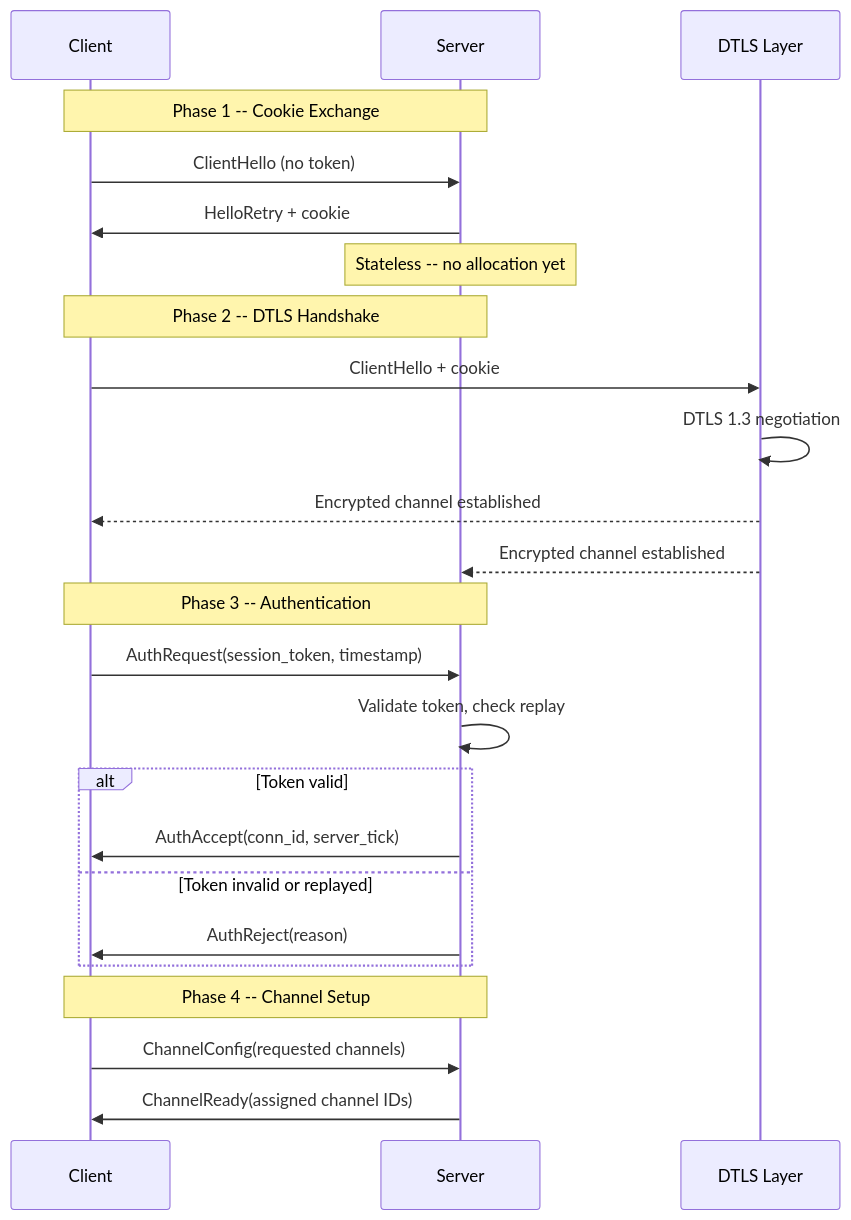
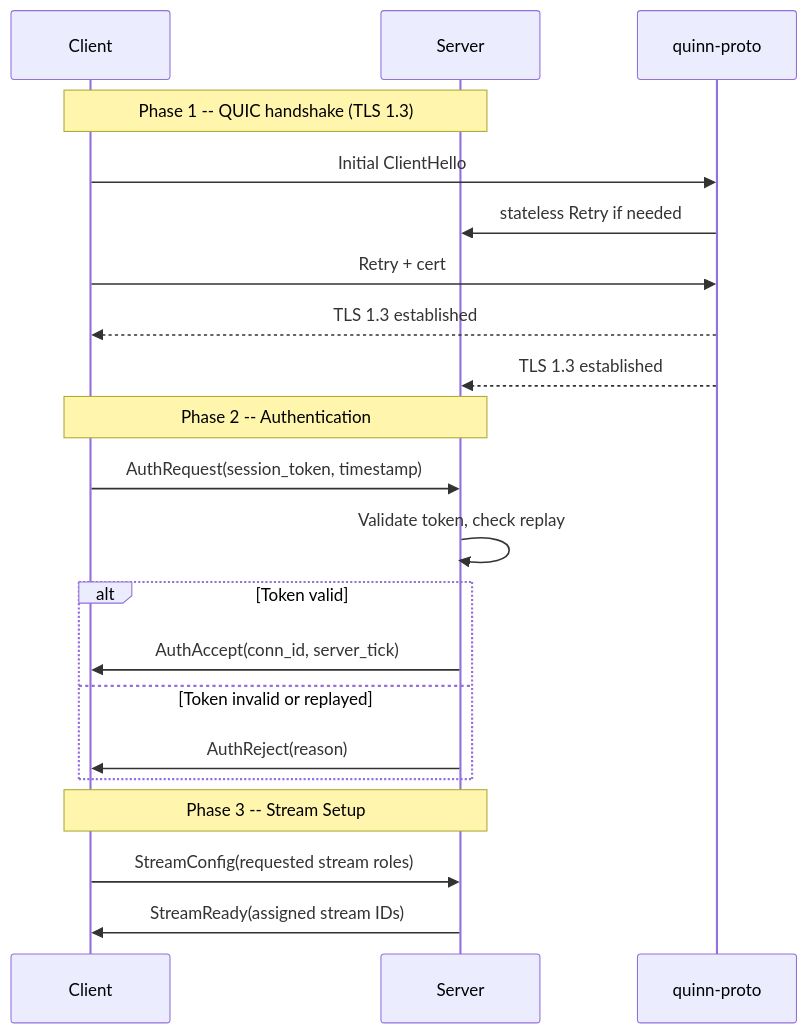
One commit to harmonius-dev/harmonius changed the third of 11 diagrams in docs/design/networking/network-transport.md. Above: the diagram before and after it, drawn with Mermaid. The commit also changed other lines of this file and 143 other files, not shown here.

````diff
--- a/docs/design/networking/network-transport.md
+++ b/docs/design/networking/network-transport.md
@@ -281,30 +304,26 @@
 ```mermaid
 sequenceDiagram
     participant C as Client
     participant S as Server
-    participant DTLS as DTLS Layer
+    participant Q as quinn-proto
 
-    Note over C,S: Phase 1 -- Cookie Exchange
-    C->>S: ClientHello (no token)
-    S->>C: HelloRetry + cookie
-    Note over S: Stateless -- no allocation yet
+    Note over C,S: Phase 1 -- QUIC handshake (TLS 1.3)
+    C->>Q: Initial ClientHello
+    Q->>S: stateless Retry if needed
+    C->>Q: Retry + cert
+    Q-->>C: TLS 1.3 established
+    Q-->>S: TLS 1.3 established
 
-    Note over C,S: Phase 2 -- DTLS Handshake
-    C->>DTLS: ClientHello + cookie
-    DTLS->>DTLS: DTLS 1.3 negotiation
-    DTLS-->>C: Encrypted channel established
-    DTLS-->>S: Encrypted channel established
-
-    Note over C,S: Phase 3 -- Authentication
+    Note over C,S: Phase 2 -- Authentication
     C->>S: AuthRequest(session_token, timestamp)
     S->>S: Validate token, check replay
     alt Token valid
         S->>C: AuthAccept(conn_id, server_tick)
     else Token invalid or replayed
         S->>C: AuthReject(reason)
     end
 
-    Note over C,S: Phase 4 -- Channel Setup
-    C->>S: ChannelConfig(requested channels)
-    S->>C: ChannelReady(assigned channel IDs)
+    Note over C,S: Phase 3 -- Stream Setup
+    C->>S: StreamConfig(requested stream roles)
+    S->>C: StreamReady(assigned stream IDs)
 ```
````
